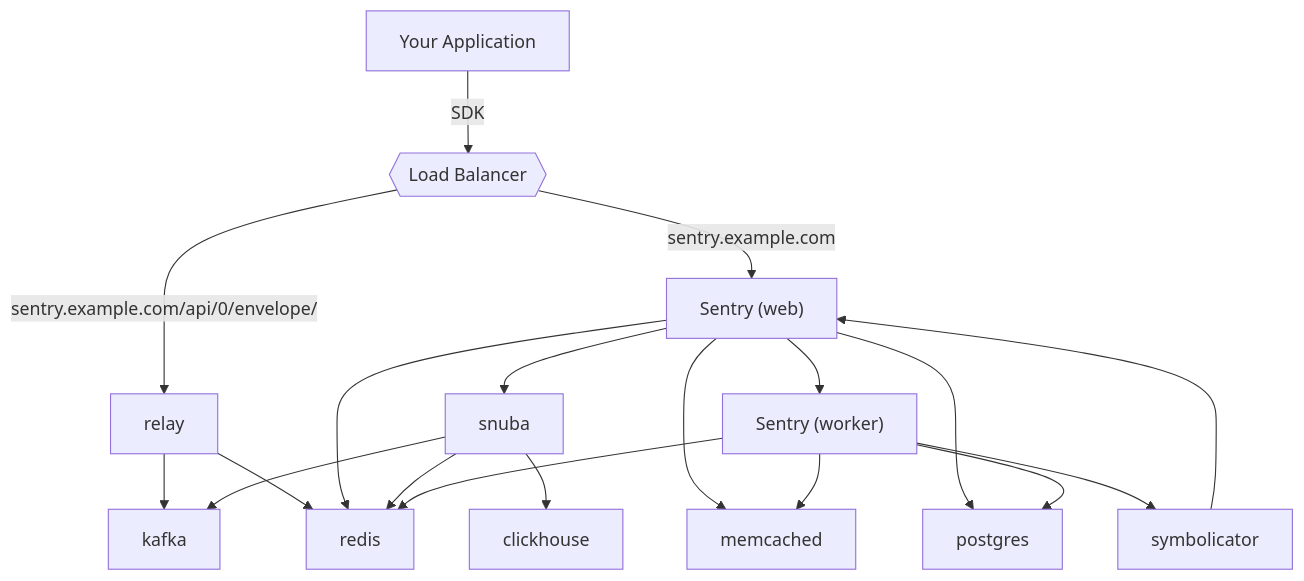
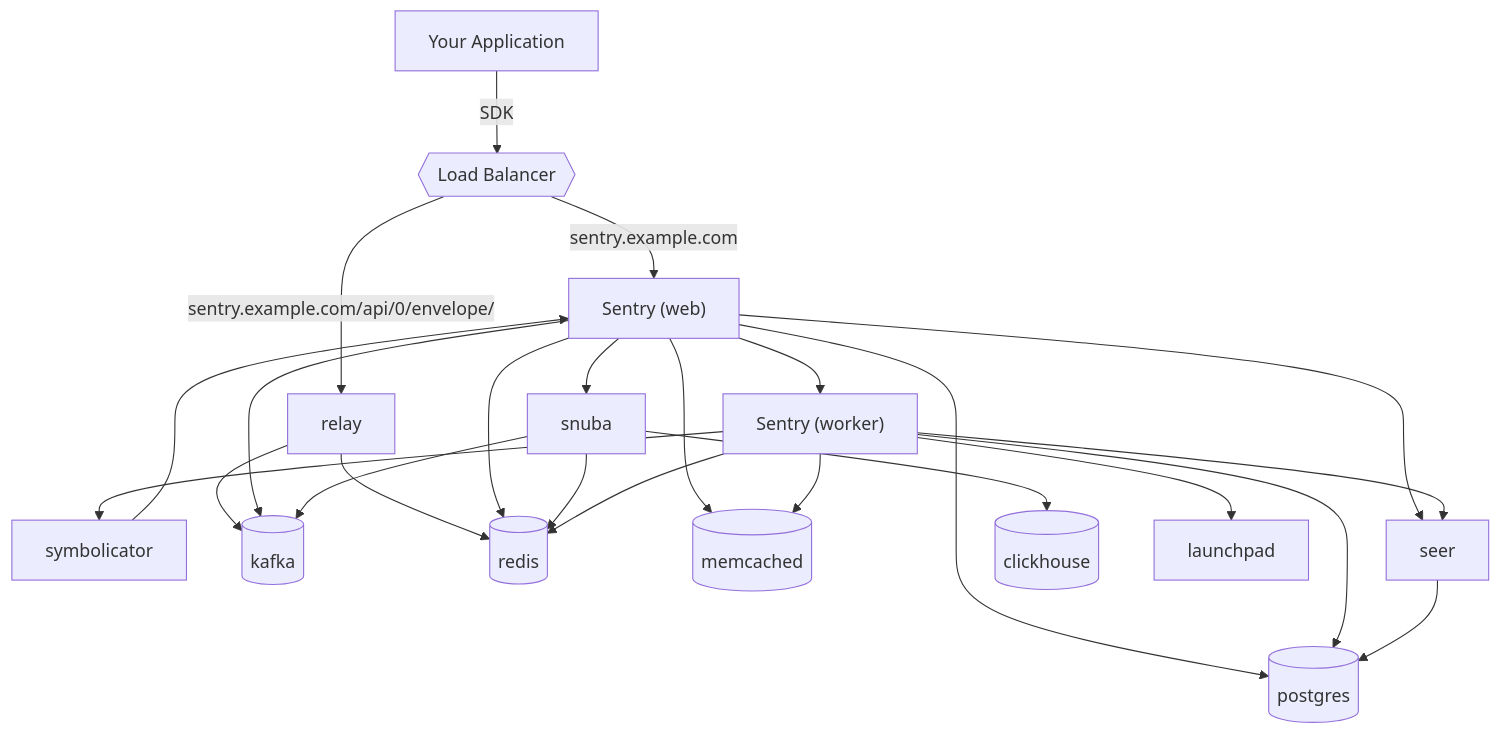
Before and after one commit to getsentry/sentry-docs: the first of 3 diagrams in develop-docs/application-architecture/overview.mdx, drawn with Mermaid. The commit also changed other lines of this file and 1 other file, not shown here.

Commit message:
chore: Update architecture diagrams and wording
- Update some outdated diagrams and remove more references to Celery.
- Mention options-automator as the way to change options for SaaS.

````diff
--- a/develop-docs/application-architecture/overview.mdx
+++ b/develop-docs/application-architecture/overview.mdx
@@ -10,24 +10,29 @@
 ```mermaid
 graph TD
   app[Your Application] --> |SDK| lb{{Load Balancer}}
   lb --> |"sentry.example.com/api/0/envelope/"| relay
   lb --> |"sentry.example.com"| sentry_web["Sentry (web)"]
   symbolicator --> sentry_web
-  relay --> kafka
+  relay --> kafka[(kafka)]
   relay --> redis
   sentry_web --> snuba
-  sentry_web --> memcached
-  sentry_web --> postgres
-  sentry_web --> redis
-  snuba --> kafka
+  sentry_web --> memcached[(memcached)]
+  sentry_web --> postgres[(postgres)]
+  sentry_web --> redis[(redis)]
+  sentry_web --> seer
+  sentry_web --> kafka
   snuba --> redis
-  snuba --> clickhouse
+  snuba --> clickhouse[(clickhouse)]
   sentry_web --> sentry_worker["Sentry (worker)"]
   sentry_worker --> memcached
   sentry_worker --> redis
   sentry_worker --> postgres
   sentry_worker --> symbolicator
+  sentry_worker --> launchpad
+  sentry_worker --> seer
+  seer --> postgres
 
+  snuba --> kafka
   click snuba "https://github.com/getsentry/snuba" "Snuba Documentation"
   click relay "https://github.com/getsentry/relay" "Relay Documentation"
 ```
````
